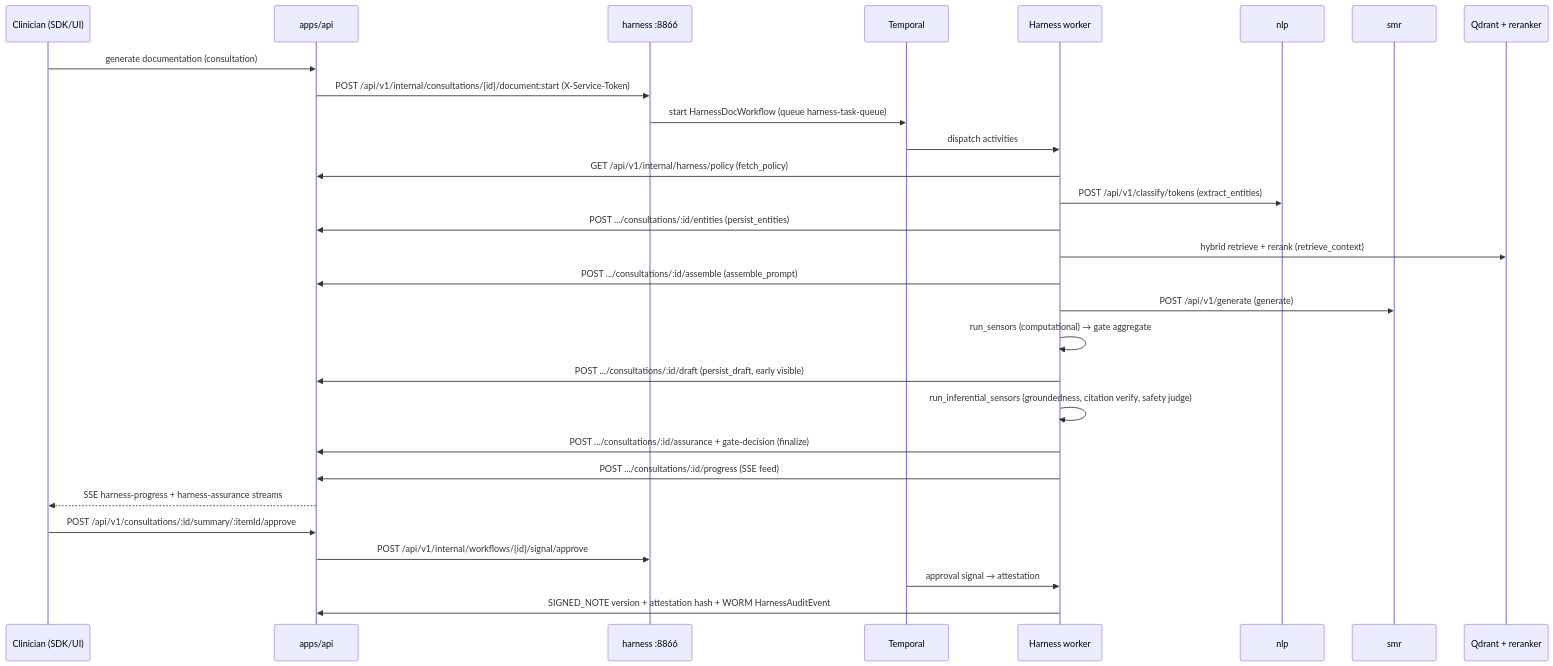
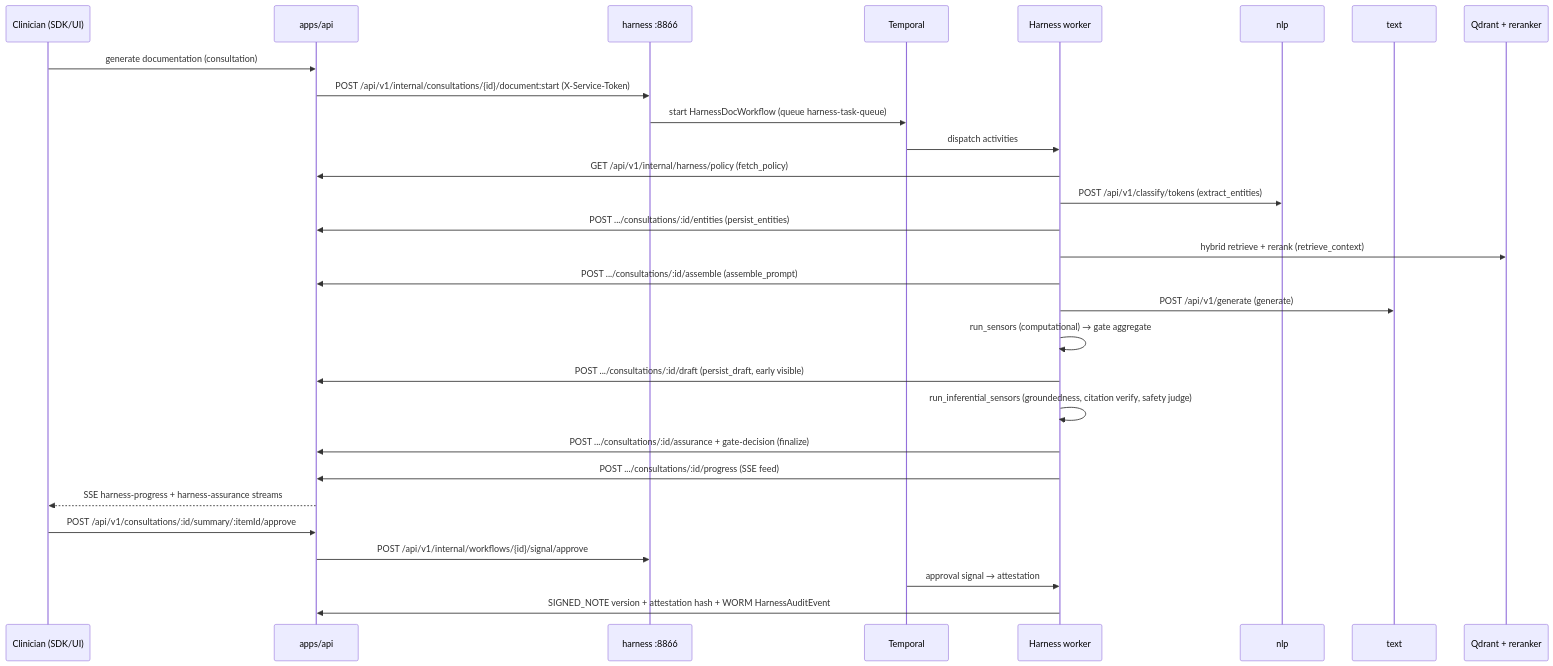
Before and after one commit to ArcaAI/vox-platform-study: the fourth of 4 diagrams in docs/architecture/overview.md, drawn with Mermaid. The commit also changed other lines of this file and 590 other files, not shown here.

````diff
--- a/docs/architecture/overview.md
+++ b/docs/architecture/overview.md
@@ -249,32 +249,32 @@
 ```mermaid
 sequenceDiagram
     participant CL as Clinician (SDK/UI)
     participant API as apps/api
     participant H as harness :8866
     participant T as Temporal
     participant W as Harness worker
     participant NLP as nlp
-    participant SMR as smr
+    participant TEXT as text
     participant QD as Qdrant + reranker
 
     CL->>API: generate documentation (consultation)
     API->>H: POST /api/v1/internal/consultations/{id}/document:start (X-Service-Token)
     H->>T: start HarnessDocWorkflow (queue harness-task-queue)
     T->>W: dispatch activities
     W->>API: GET /api/v1/internal/harness/policy (fetch_policy)
     W->>NLP: POST /api/v1/classify/tokens (extract_entities)
     W->>API: POST .../consultations/:id/entities (persist_entities)
     W->>QD: hybrid retrieve + rerank (retrieve_context)
     W->>API: POST .../consultations/:id/assemble (assemble_prompt)
-    W->>SMR: POST /api/v1/generate (generate)
+    W->>TEXT: POST /api/v1/generate (generate)
     W->>W: run_sensors (computational) → gate aggregate
     W->>API: POST .../consultations/:id/draft (persist_draft, early visible)
     W->>W: run_inferential_sensors (groundedness, citation verify, safety judge)
     W->>API: POST .../consultations/:id/assurance + gate-decision (finalize)
     W->>API: POST .../consultations/:id/progress (SSE feed)
     API-->>CL: SSE harness-progress + harness-assurance streams
     CL->>API: POST /api/v1/consultations/:id/summary/:itemId/approve
     API->>H: POST /api/v1/internal/workflows/{id}/signal/approve
     T->>W: approval signal → attestation
     W->>API: SIGNED_NOTE version + attestation hash + WORM HarnessAuditEvent
 ```
````
